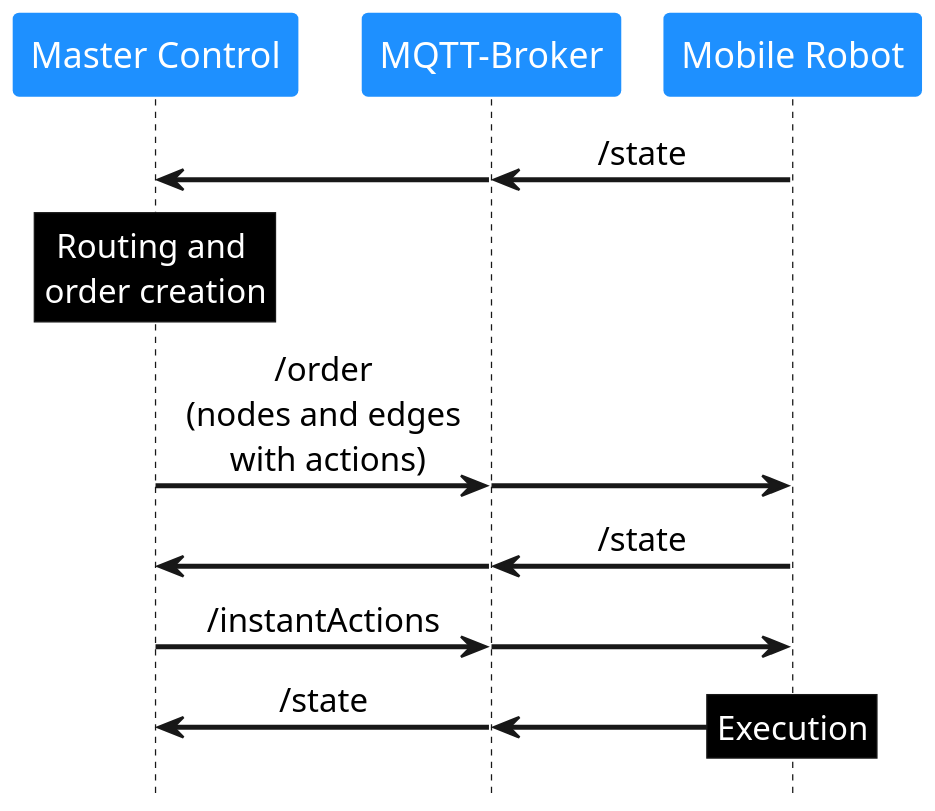
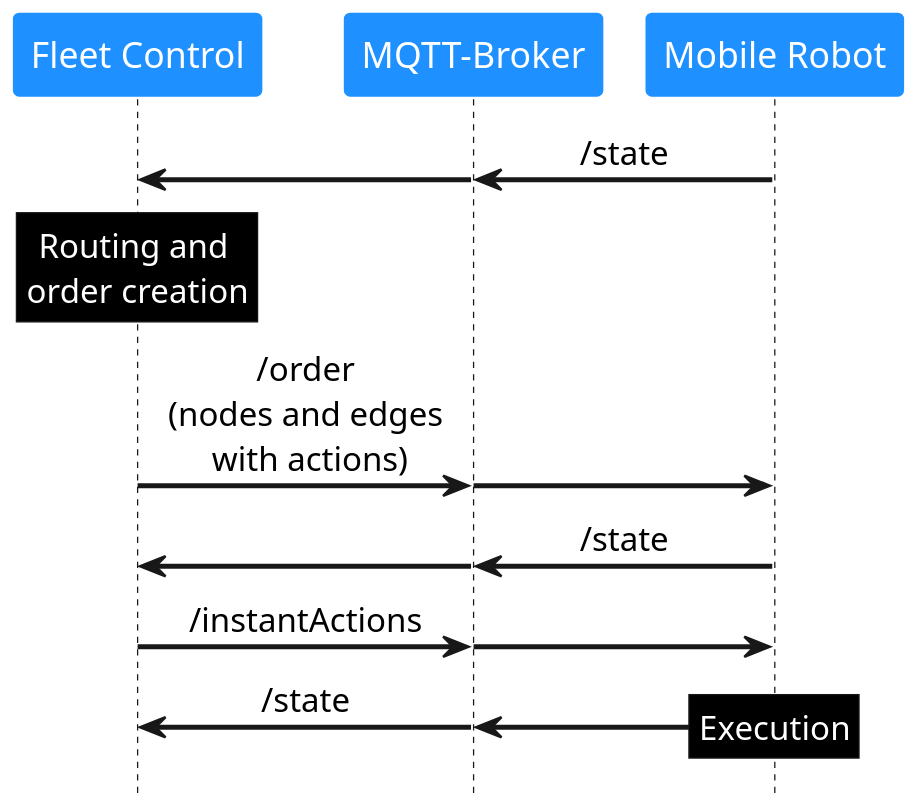
One commit to VDA5050/VDA5050 changed the diagram in assets/information_flow_VDA5050_UML.md. Above: the diagram before and after it, drawn with PlantUML. The commit also changed 17 other files, not shown here.

```diff
--- a/assets/information_flow_VDA5050_UML.md
+++ b/assets/information_flow_VDA5050_UML.md
@@ -1,42 +1,42 @@
 @startuml
 !pragma teoz true
 skinparam dpi 300
 scale 0.65
 skinparam defaultTextAlignment center
 skinparam participantFontColor white
 skinparam noteFontColor white
 skinparam participantBorderColor None
 skinparam ArrowThickness 2
 
-participant "Master Control" #dodgerblue
+participant "Fleet Control" #dodgerblue
 participant "MQTT-Broker" #dodgerblue
 participant "Mobile Robot" #dodgerblue
 hide footbox
 
 
 
 
 "MQTT-Broker" <- "Mobile Robot": /state    
-&"Master Control" <- "MQTT-Broker":
+&"Fleet Control" <- "MQTT-Broker":
 
-rnote over "Master Control" #black
+rnote over "Fleet Control" #black
 Routing and 
 order creation
 endrnote
-"Master Control" -> "MQTT-Broker": /order\n(nodes and edges\n with actions)
+"Fleet Control" -> "MQTT-Broker": /order\n(nodes and edges\n with actions)
 & "MQTT-Broker" -> "Mobile Robot":<U+0020><U+0020><U+0020><U+0020><U+0020><U+0020><U+0020><U+0020><U+0020><U+0020><U+0020><U+0020><U+0020><U+0020><U+0020><U+0020><U+0020><U+0020><U+0020><U+0020><U+0020><U+0020><U+0020><U+0020><U+0020><U+0020><U+0020><U+0020>
 "MQTT-Broker" <- "Mobile Robot": /state
-&"Master Control" <- "MQTT-Broker":
+&"Fleet Control" <- "MQTT-Broker":
 
-"Master Control" -> "MQTT-Broker": /instantActions
+"Fleet Control" -> "MQTT-Broker": /instantActions
 & "MQTT-Broker" -> "Mobile Robot"
 
 
-"Master Control" <- "MQTT-Broker": /state
+"Fleet Control" <- "MQTT-Broker": /state
 & "MQTT-Broker" <- "Mobile Robot"
 
 &rnote over "Mobile Robot" #black
 Execution
 endrnote
 
 @enduml
```
